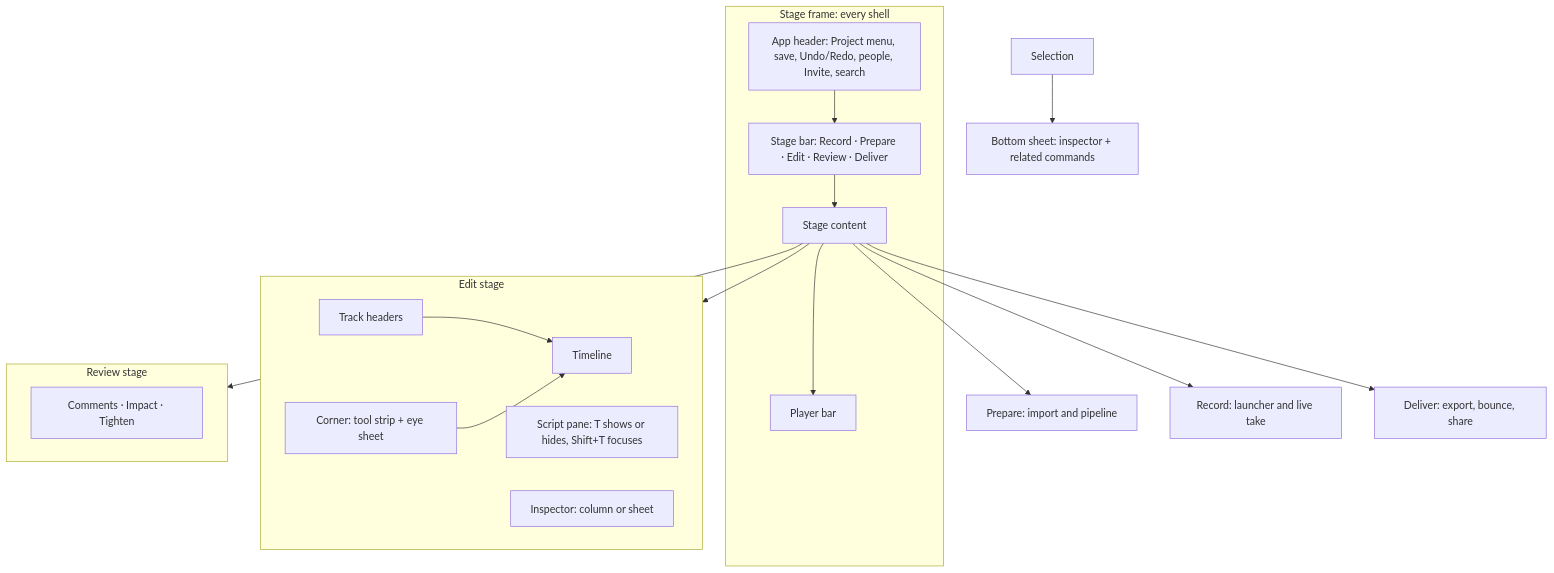
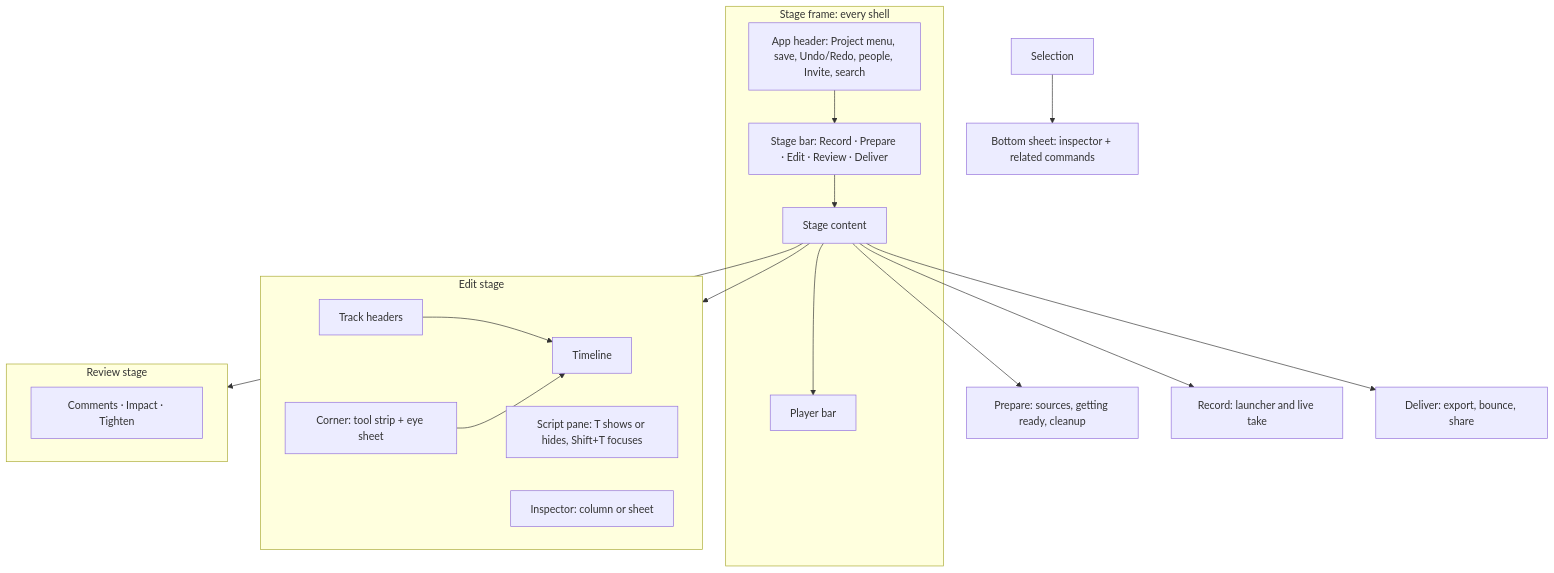
One commit to calebn/sharecut-studio changed the first of 3 diagrams in ux/pages/screen-inventory.md. Above: the diagram before and after it, drawn with Mermaid. The commit also changed other lines of this file and 1 other file, not shown here.

First line of the commit message:
docs(ux): describe the Prepare stage as built

````diff
--- a/ux/pages/screen-inventory.md
+++ b/ux/pages/screen-inventory.md
@@ -40,28 +40,28 @@
 ```mermaid
 flowchart TB
   subgraph frame [Stage frame: every shell]
     HD[App header: Project menu, save, Undo/Redo, people, Invite, search]
     SB[Stage bar: Record · Prepare · Edit · Review · Deliver]
     ST[Stage content]
     PL[Player bar]
     HD --> SB --> ST --> PL
   end
 
   subgraph edit [Edit stage]
     TH[Track headers] --> TIM[Timeline]
     CORNER[Corner: tool strip + eye sheet] --> TIM
     SC[Script pane: T shows or hides, Shift+T focuses]
     INS[Inspector: column or sheet]
   end
 
   subgraph review [Review stage]
     RV[Comments · Impact · Tighten]
   end
 
   ST --> edit
   ST --> review
-  ST --> PREP[Prepare: import and pipeline]
+  ST --> PREP[Prepare: sources, getting ready, cleanup]
   ST --> REC[Record: launcher and live take]
   ST --> DEL[Deliver: export, bounce, share]
   SEL[Selection] --> BS[Bottom sheet: inspector + related commands]
 ```
````
